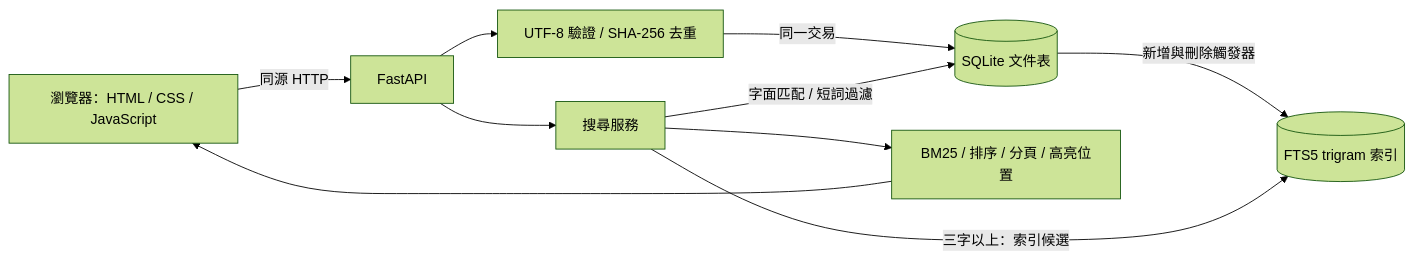
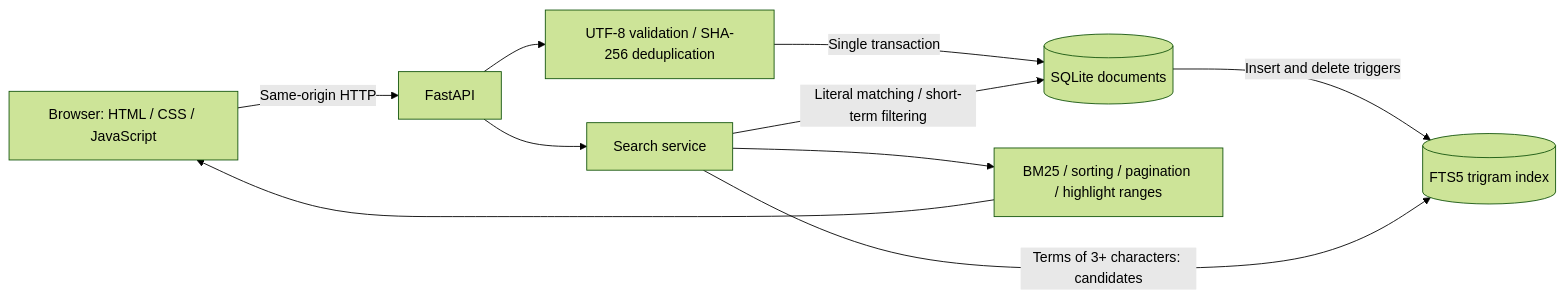
The diagram in README.md (bentang-lab/papertrail-document-search), drawn with Mermaid (forest theme) before and after one commit. The commit also changed other lines of this file, not shown here.

````diff
--- a/README.md
+++ b/README.md
@@ -49,12 +53,12 @@
 ```mermaid
 flowchart LR
-    Browser[瀏覽器：HTML / CSS / JavaScript] -->|同源 HTTP| API[FastAPI]
-    API --> Import[UTF-8 驗證 / SHA-256 去重]
-    Import -->|同一交易| DB[(SQLite 文件表)]
-    DB -->|新增與刪除觸發器| FTS[(FTS5 trigram 索引)]
-    API --> Search[搜尋服務]
-    Search -->|三字以上：索引候選| FTS
-    Search -->|字面匹配 / 短詞過濾| DB
-    Search --> Rank[BM25 / 排序 / 分頁 / 高亮位置]
+    Browser[Browser: HTML / CSS / JavaScript] -->|Same-origin HTTP| API[FastAPI]
+    API --> Import[UTF-8 validation / SHA-256 deduplication]
+    Import -->|Single transaction| DB[(SQLite documents)]
+    DB -->|Insert and delete triggers| FTS[(FTS5 trigram index)]
+    API --> Search[Search service]
+    Search -->|Terms of 3+ characters: candidates| FTS
+    Search -->|Literal matching / short-term filtering| DB
+    Search --> Rank[BM25 / sorting / pagination / highlight ranges]
     Rank --> Browser
 ```
````
